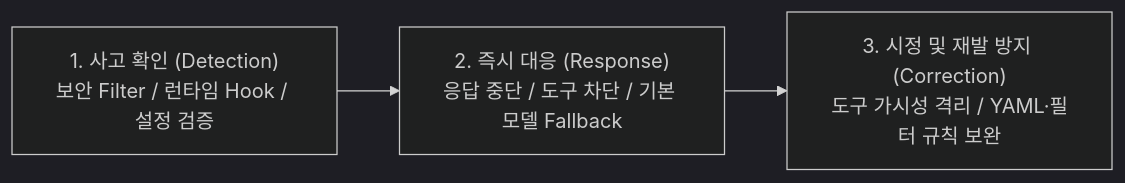
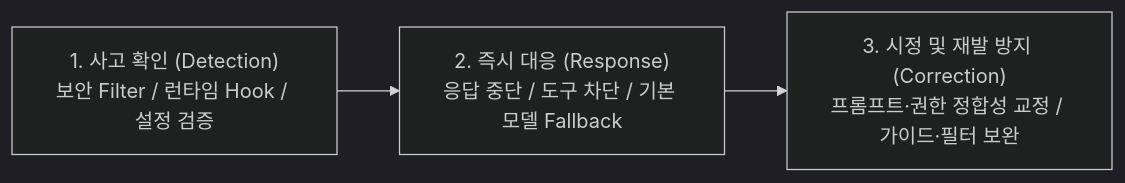
One commit to misjin05/playground changed the second of 2 diagrams in AIS/Reports/Slide22_23_Update.md. Above: the diagram before and after it, drawn with Mermaid (dark theme). The commit also changed other lines of this file and 1 other file, not shown here.

Commit message:
Update Slide 22 session resume reuse and Slide 23 YAML operational controls & Risk B correction

````diff
--- a/AIS/Reports/Slide22_23_Update.md
+++ b/AIS/Reports/Slide22_23_Update.md
@@ -60,5 +54,5 @@
 ```mermaid
 graph LR
     R1["1. 사고 확인 (Detection)<br/>보안 Filter / 런타임 Hook / 설정 검증"] --> R2["2. 즉시 대응 (Response)<br/>응답 중단 / 도구 차단 / 기본 모델 Fallback"]
-    R2 --> R3["3. 시정 및 재발 방지 (Correction)<br/>도구 가시성 격리 / YAML·필터 규칙 보완"]
+    R2 --> R3["3. 시정 및 재발 방지 (Correction)<br/>프롬프트·권한 정합성 교정 / 가이드·필터 보완"]
 ```
````
